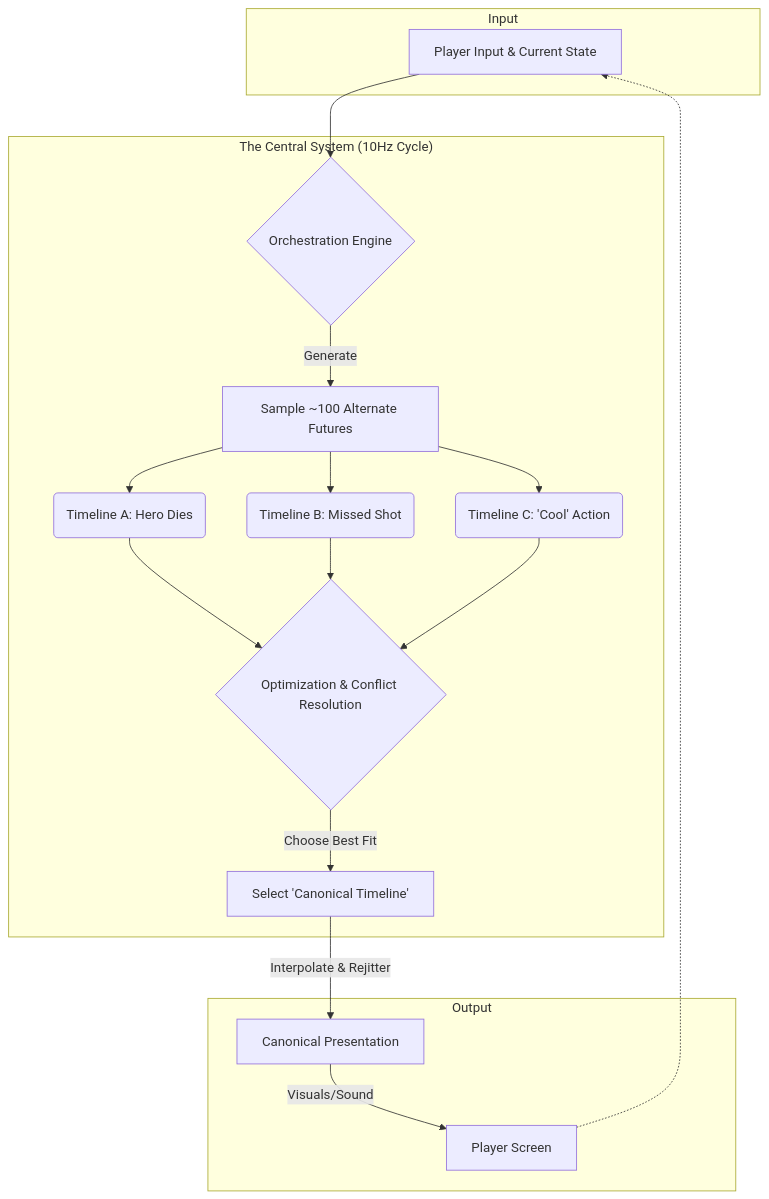
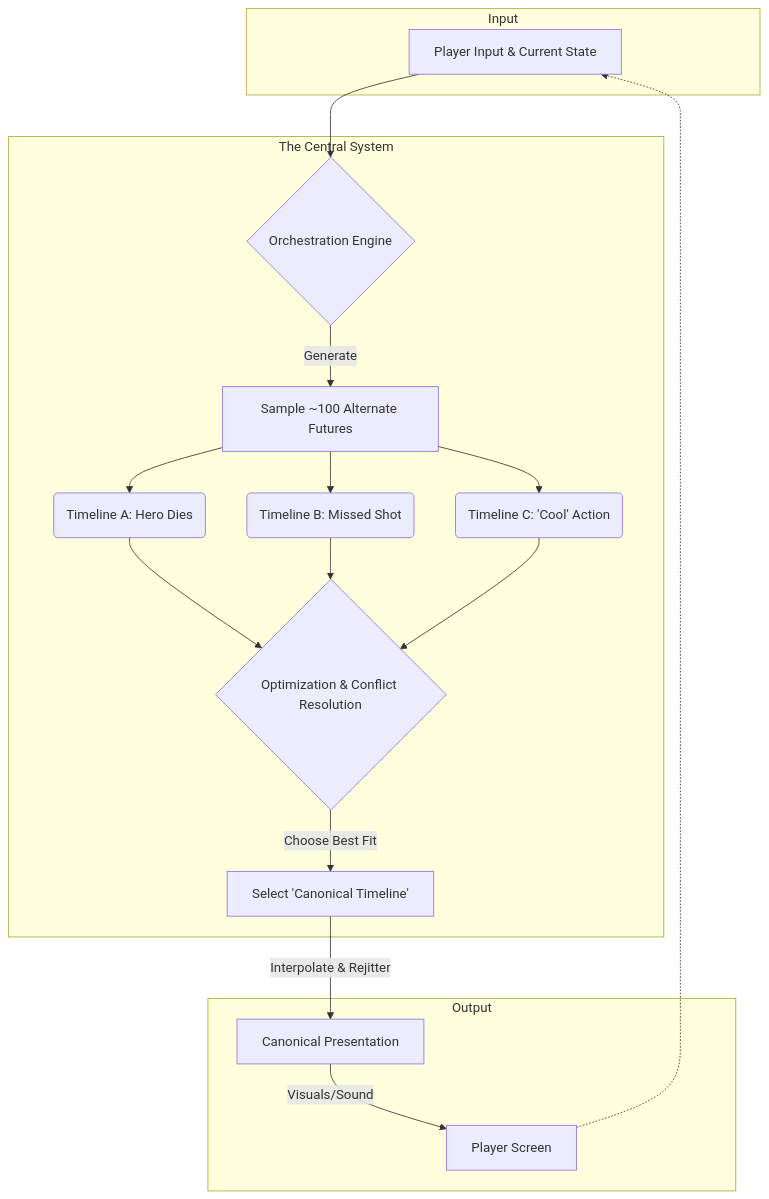
The second of 7 diagrams in README.md (SamiPerttu/funtor), drawn with Mermaid before and after one commit. The commit also changed other lines of this file, not shown here.

````diff
--- a/README.md
+++ b/README.md
@@ -86,32 +86,32 @@
 ```mermaid
   flowchart TD
     subgraph Input
     A[Player Input & Current State]
     end
 
-    subgraph "The Central System (10Hz Cycle)"
+    subgraph "The Central System"
     B{Orchestration Engine}
     A --> B
     
     C["Sample ~100 Alternate Futures"]
     B -->|Generate| C
     
     C --> D(Timeline A: Hero Dies)
     C --> E(Timeline B: Missed Shot)
     C --> F(Timeline C: 'Cool' Action)
     
     G{Optimization & Conflict Resolution}
     D & E & F --> G
     
     H[Select 'Canonical Timeline']
     G -->|Choose Best Fit| H
     end
 
     subgraph Output
     I[Canonical Presentation]
     H -->|Interpolate & Rejitter| I
     I -->|Visuals/Sound| J[Player Screen]
     end
 
     J -.-> A
 ```
````
